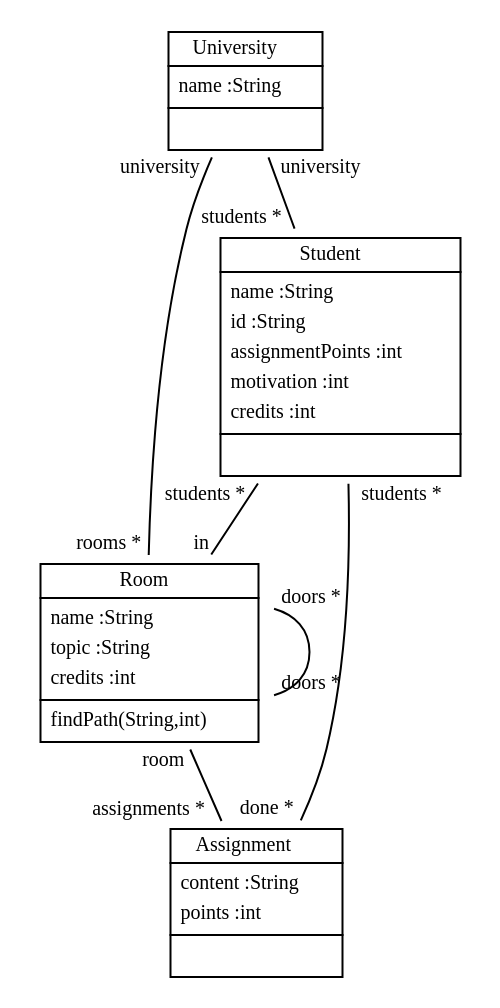
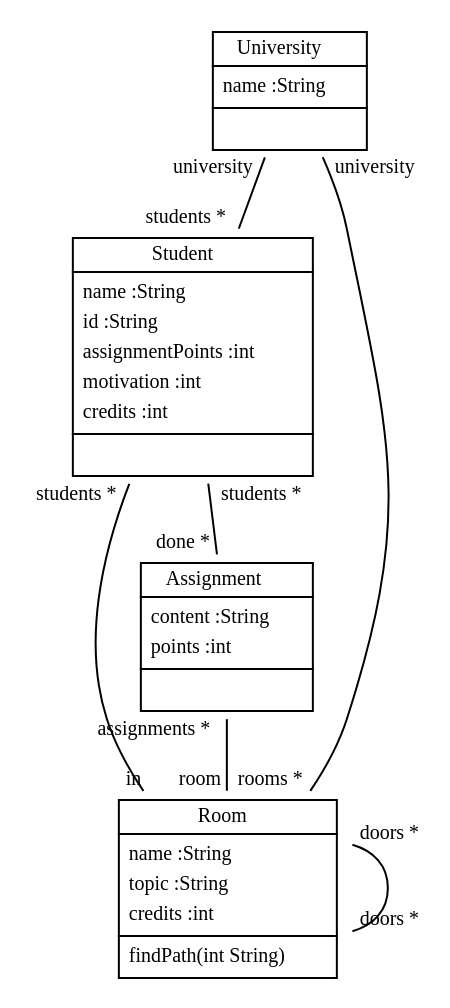
The diagram in doc/StudyRight with assignments class generationClassDiagram10.dot (fujaba/SDMLib), drawn with Graphviz before and after one commit. The commit also changed 40 other files, not shown here.

```diff
--- a/doc/StudyRight with assignments class generationClassDiagram10.dot
+++ b/doc/StudyRight with assignments class generationClassDiagram10.dot
@@ -1,20 +1,20 @@
 
  digraph ClassDiagram {
     node [shape = none, fontsize = 10]; 
     edge [fontsize = 10];
     
     
-    _University [label=<<table border='0' cellborder='1' cellspacing='0'> <tr> <td HREF="../examples/org/sdmlib/examples/studyrightWithAssignments/University.java">University</td> </tr> <tr><td><table border='0' cellborder='0' cellspacing='0'> <tr><td align='left'>name :String</td></tr>  </table></td></tr> <tr><td><table border='0' cellborder='0' cellspacing='0'> <tr><td> </td></tr> </table></td></tr> </table>>];
-    _Student [label=<<table border='0' cellborder='1' cellspacing='0'> <tr> <td HREF="../examples/org/sdmlib/examples/studyrightWithAssignments/Student.java">Student</td> </tr> <tr><td><table border='0' cellborder='0' cellspacing='0'> <tr><td align='left'>name :String</td></tr> <tr><td align='left'>id :String</td></tr> <tr><td align='left'>assignmentPoints :int</td></tr> <tr><td align='left'>motivation :int</td></tr> <tr><td align='left'>credits :int</td></tr>  </table></td></tr> <tr><td><table border='0' cellborder='0' cellspacing='0'> <tr><td> </td></tr> </table></td></tr> </table>>];
-    _Room [label=<<table border='0' cellborder='1' cellspacing='0'> <tr> <td HREF="../examples/org/sdmlib/examples/studyrightWithAssignments/Room.java">Room</td> </tr> <tr><td><table border='0' cellborder='0' cellspacing='0'> <tr><td align='left'>name :String</td></tr> <tr><td align='left'>topic :String</td></tr> <tr><td align='left'>credits :int</td></tr>  </table></td></tr> <tr><td><table border='0' cellborder='0' cellspacing='0'> <tr><td align='left'>findPath(String,int)</td></tr>  </table></td></tr> </table>>];
-    _Assignment [label=<<table border='0' cellborder='1' cellspacing='0'> <tr> <td HREF="../examples/org/sdmlib/examples/studyrightWithAssignments/Assignment.java">Assignment</td> </tr> <tr><td><table border='0' cellborder='0' cellspacing='0'> <tr><td align='left'>content :String</td></tr> <tr><td align='left'>points :int</td></tr>  </table></td></tr> <tr><td><table border='0' cellborder='0' cellspacing='0'> <tr><td> </td></tr> </table></td></tr> </table>>];
+    _University [label=<<table border='0' cellborder='1' cellspacing='0'> <tr> <td HREF="../src/University.java">University</td> </tr> <tr><td><table border='0' cellborder='0' cellspacing='0'> <tr><td align='left'>name :String</td></tr>  </table></td></tr> <tr><td><table border='0' cellborder='0' cellspacing='0'> <tr><td> </td></tr> </table></td></tr> </table>>];
+    _Student [label=<<table border='0' cellborder='1' cellspacing='0'> <tr> <td HREF="../src/Student.java">Student</td> </tr> <tr><td><table border='0' cellborder='0' cellspacing='0'> <tr><td align='left'>name :String</td></tr> <tr><td align='left'>id :String</td></tr> <tr><td align='left'>assignmentPoints :int</td></tr> <tr><td align='left'>motivation :int</td></tr> <tr><td align='left'>credits :int</td></tr>  </table></td></tr> <tr><td><table border='0' cellborder='0' cellspacing='0'> <tr><td> </td></tr> </table></td></tr> </table>>];
+    _Room [label=<<table border='0' cellborder='1' cellspacing='0'> <tr> <td HREF="../src/Room.java">Room</td> </tr> <tr><td><table border='0' cellborder='0' cellspacing='0'> <tr><td align='left'>name :String</td></tr> <tr><td align='left'>topic :String</td></tr> <tr><td align='left'>credits :int</td></tr>  </table></td></tr> <tr><td><table border='0' cellborder='0' cellspacing='0'> <tr><td align='left'>findPath(int String)</td></tr>  </table></td></tr> </table>>];
+    _Assignment [label=<<table border='0' cellborder='1' cellspacing='0'> <tr> <td HREF="../src/Assignment.java">Assignment</td> </tr> <tr><td><table border='0' cellborder='0' cellspacing='0'> <tr><td align='left'>content :String</td></tr> <tr><td align='left'>points :int</td></tr>  </table></td></tr> <tr><td><table border='0' cellborder='0' cellspacing='0'> <tr><td> </td></tr> </table></td></tr> </table>>];
     
     
     
     _University -> _Student [headlabel = "students *" taillabel = "university" arrowhead = "none" ];
     _University -> _Room [headlabel = "rooms *" taillabel = "university" arrowhead = "none" ];
     _Room -> _Room [headlabel = "doors *" taillabel = "doors *" arrowhead = "none" ];
     _Student -> _Room [headlabel = "in" taillabel = "students *" arrowhead = "none" ];
-    _Room -> _Assignment [headlabel = "assignments *" taillabel = "room" arrowhead = "none" ];
+    _Assignment -> _Room [headlabel = "room" taillabel = "assignments *" arrowhead = "none" ];
     _Student -> _Assignment [headlabel = "done *" taillabel = "students *" arrowhead = "none" ];
 }
```
